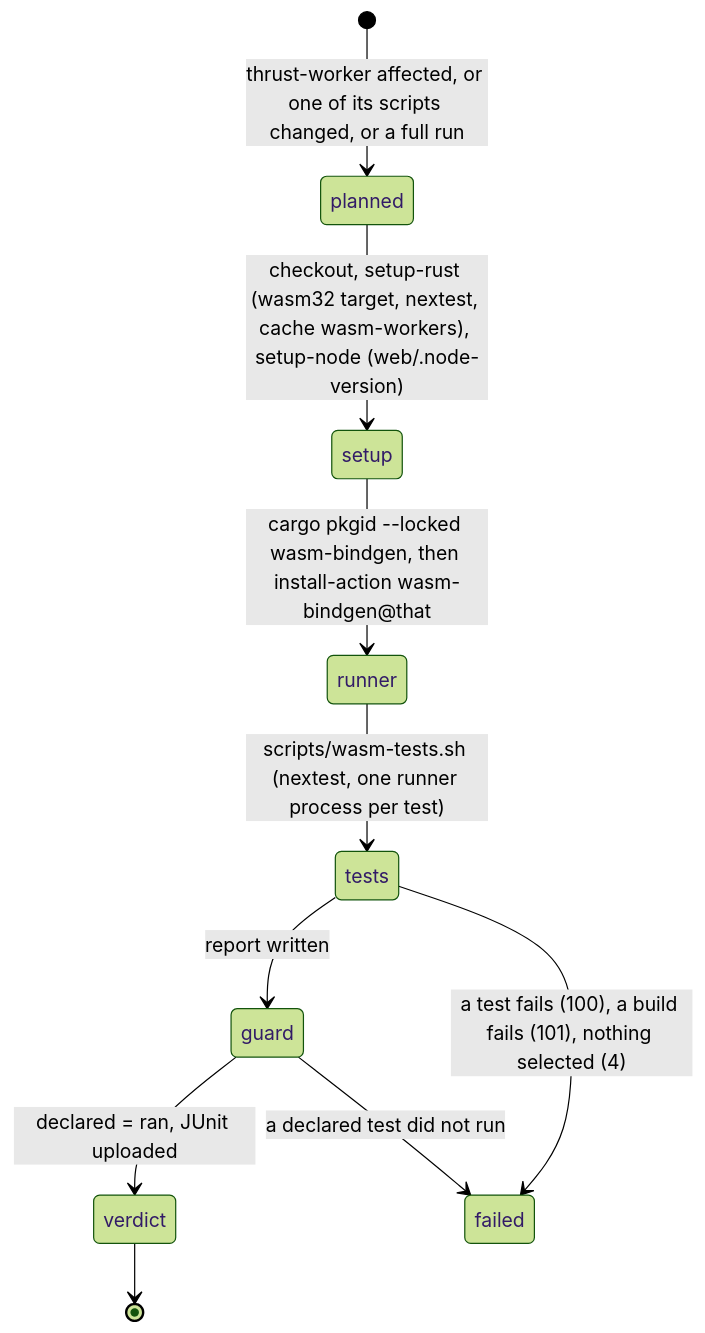
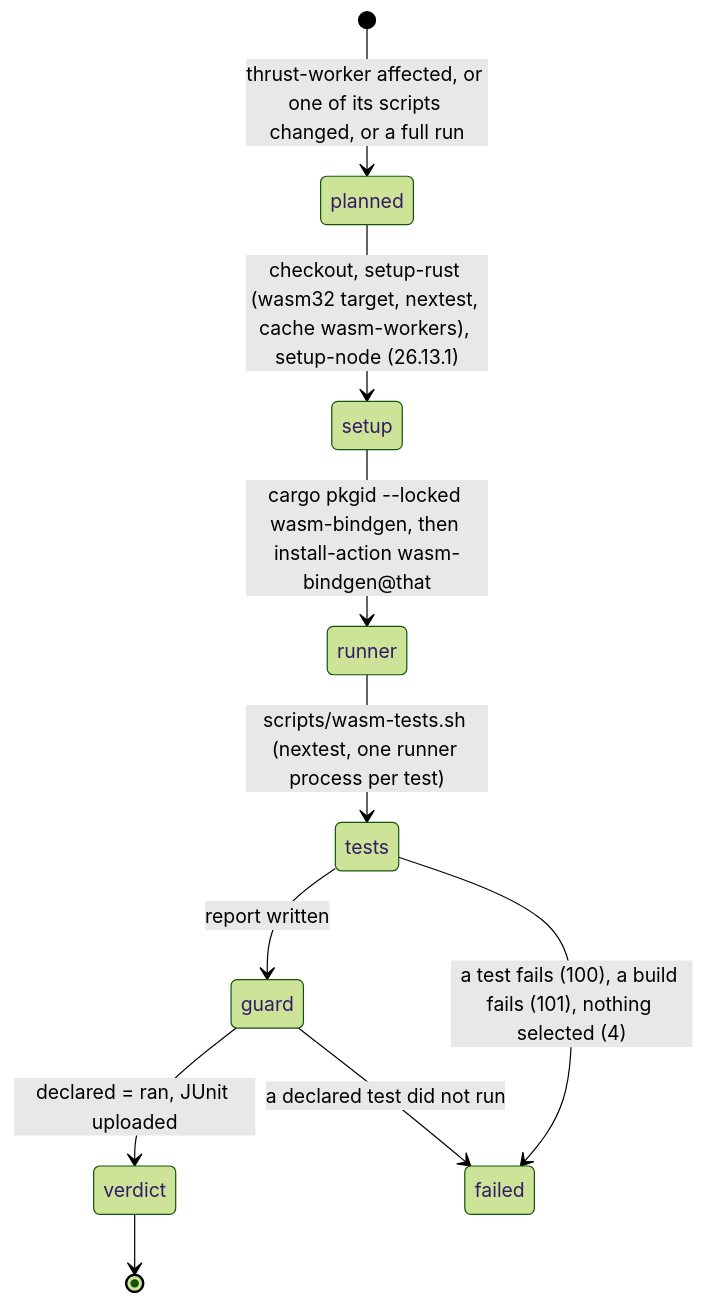
Before and after one commit to aRustyDev/thrust: the fourth of 4 diagrams in .agents/plans/ci-workflows/phases/0003-test.md, drawn with Mermaid (forest theme). The commit also changed other lines of this file and 9 other files, not shown here.

````diff
--- a/.agents/plans/ci-workflows/phases/0003-test.md
+++ b/.agents/plans/ci-workflows/phases/0003-test.md
@@ -604,12 +604,12 @@
 ```mermaid
 stateDiagram-v2
   [*] --> planned: thrust-worker affected, or one of its scripts changed, or a full run
-  planned --> setup: checkout, setup-rust (wasm32 target, nextest, cache wasm-workers), setup-node (web/.node-version)
+  planned --> setup: checkout, setup-rust (wasm32 target, nextest, cache wasm-workers), setup-node (26.13.1)
   setup --> runner: cargo pkgid --locked wasm-bindgen, then install-action wasm-bindgen@that
   runner --> tests: scripts/wasm-tests.sh (nextest, one runner process per test)
   tests --> guard: report written
   guard --> verdict: declared = ran, JUnit uploaded
   tests --> failed: a test fails (100), a build fails (101), nothing selected (4)
   guard --> failed: a declared test did not run
   verdict --> [*]
 ```
````
